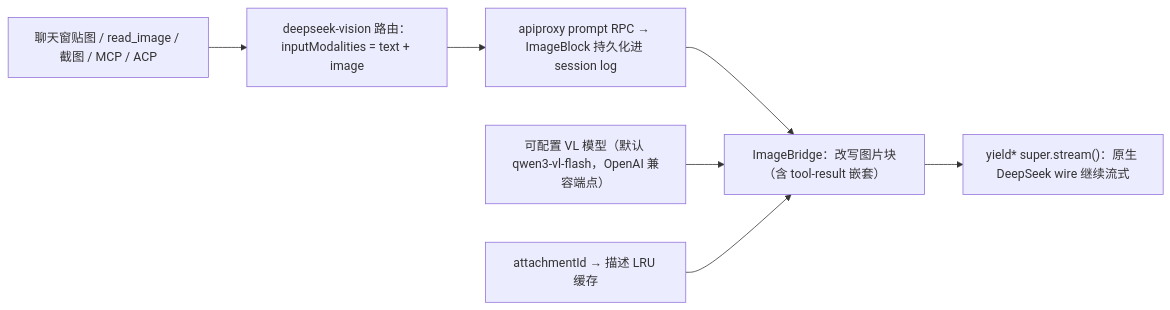
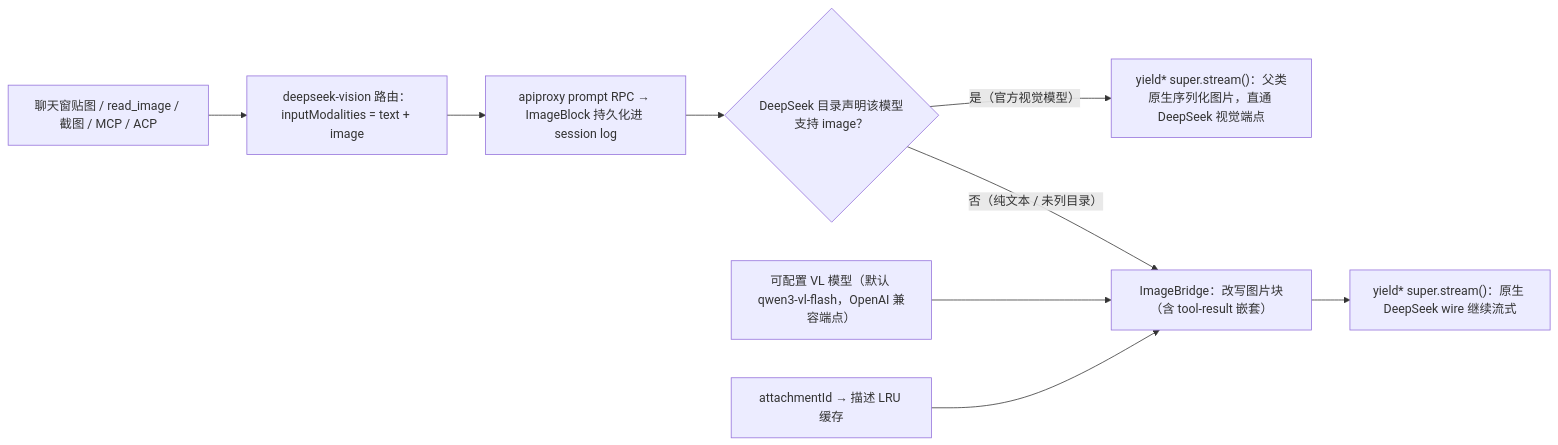
Before and after one commit to siegfly/dsh-deepseek-vision: the diagram in README.md, drawn with Mermaid. The commit also changed other lines of this file and 20 other files, not shown here.

````diff
--- a/README.md
+++ b/README.md
@@ -132,9 +136,11 @@
 ```mermaid
 flowchart LR
     User["聊天窗贴图 / read_image / 截图 / MCP / ACP"] --> Gate["deepseek-vision 路由：inputModalities = text + image"]
     Gate --> Persist["apiproxy prompt RPC → ImageBlock 持久化进 session log"]
-    Persist --> Bridge["ImageBridge：改写图片块（含 tool-result 嵌套）"]
+    Persist --> Decide{"DeepSeek 目录声明该模型支持 image？"}
+    Decide -- "是（官方视觉模型）" --> Native["yield* super.stream()：父类原生序列化图片，直通 DeepSeek 视觉端点"]
+    Decide -- "否（纯文本 / 未列目录）" --> Bridge["ImageBridge：改写图片块（含 tool-result 嵌套）"]
     VL["可配置 VL 模型（默认 qwen3-vl-flash，OpenAI 兼容端点）"] --> Bridge
     Cache["attachmentId → 描述 LRU 缓存"] --> Bridge
     Bridge --> Stream["yield* super.stream()：原生 DeepSeek wire 继续流式"]
 ```
````
